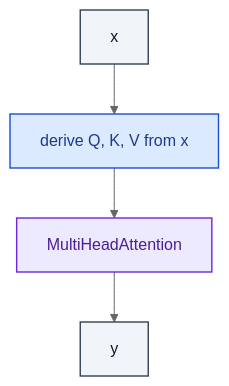
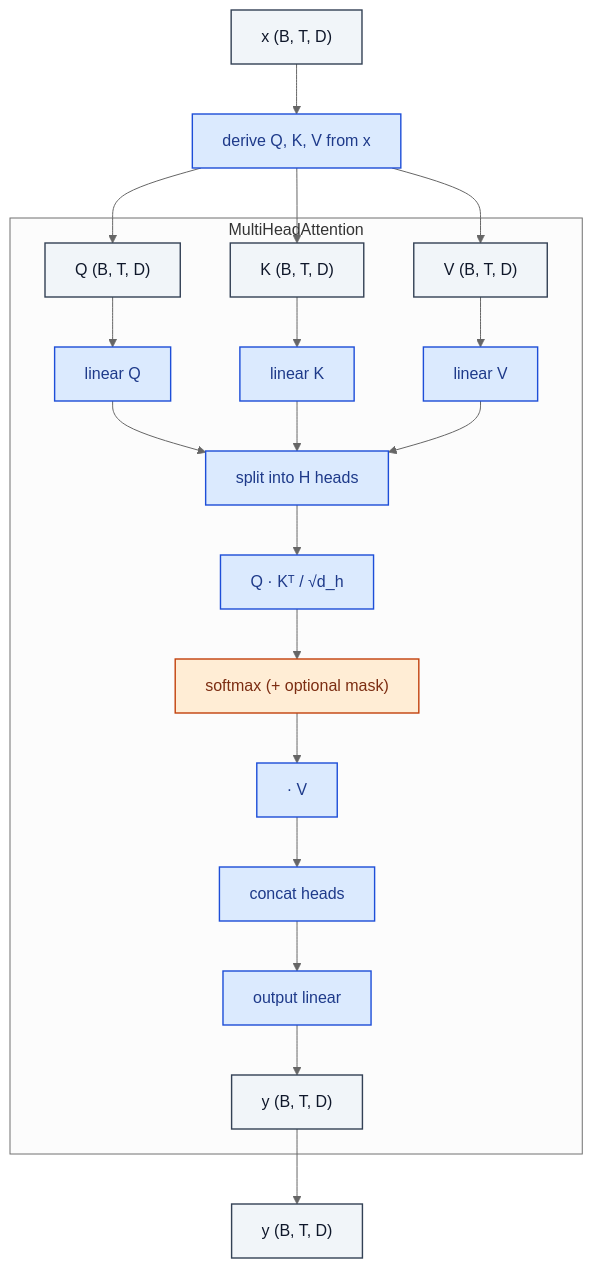
Before and after one commit to RealityShifts/Srivastava-book-of-Blocks-diagrams: the diagram in attention/SelfAttention.md, drawn with Mermaid (neutral theme). The commit also changed 123 other files, not shown here.

````diff
--- a/attention/SelfAttention.md
+++ b/attention/SelfAttention.md
@@ -7,19 +7,48 @@
 ```mermaid
 flowchart TD
-    n0_0["x"]:::io
+    n0_0["x  (B, T, D)"]:::io
     n1_0["derive Q, K, V from x"]:::op
-    n2_0["MultiHeadAttention"]:::attn
-    n3_0["y"]:::io
+    subgraph n2_0["MultiHeadAttention"]
+        n2_0_0_0["Q  (B, T, D)"]:::io
+        n2_0_0_1["K  (B, T, D)"]:::io
+        n2_0_0_2["V  (B, T, D)"]:::io
+        n2_0_1_0["linear Q"]:::op
+        n2_0_1_1["linear K"]:::op
+        n2_0_1_2["linear V"]:::op
+        n2_0_2_0["split into H heads"]:::op
+        n2_0_3_0["Q · Kᵀ / √d_h"]:::op
+        n2_0_4_0["softmax (+ optional mask)"]:::act
+        n2_0_5_0["· V"]:::op
+        n2_0_6_0["concat heads"]:::op
+        n2_0_7_0["output linear"]:::op
+        n2_0_8_0["y  (B, T, D)"]:::io
+        n2_0_0_0 --> n2_0_1_0
+        n2_0_0_1 --> n2_0_1_1
+        n2_0_0_2 --> n2_0_1_2
+        n2_0_1_0 --> n2_0_2_0
+        n2_0_1_1 --> n2_0_2_0
+        n2_0_1_2 --> n2_0_2_0
+        n2_0_2_0 --> n2_0_3_0
+        n2_0_3_0 --> n2_0_4_0
+        n2_0_4_0 --> n2_0_5_0
+        n2_0_5_0 --> n2_0_6_0
+        n2_0_6_0 --> n2_0_7_0
+        n2_0_7_0 --> n2_0_8_0
+    end
+    n3_0["y  (B, T, D)"]:::io
     n0_0 --> n1_0
-    n1_0 --> n2_0
-    n2_0 --> n3_0
+    n1_0 --> n2_0_0_0
+    n1_0 --> n2_0_0_1
+    n1_0 --> n2_0_0_2
+    n2_0_8_0 --> n3_0
     classDef io fill:#f1f5f9,stroke:#334155,stroke-width:1.4px,color:#0f172a
     classDef op fill:#dbeafe,stroke:#1d4ed8,stroke-width:1.4px,color:#1e3a8a
     classDef norm fill:#dcfce7,stroke:#15803d,stroke-width:1.4px,color:#14532d
     classDef act fill:#ffedd5,stroke:#c2410c,stroke-width:1.4px,color:#7c2d12
     classDef attn fill:#ede9fe,stroke:#6d28d9,stroke-width:1.4px,color:#4c1d95
     classDef merge fill:#fef3c7,stroke:#b45309,stroke-width:1.4px,color:#78350f
     classDef emb fill:#fef9c3,stroke:#a16207,stroke-width:1.4px,color:#713f12
     classDef loss fill:#fee2e2,stroke:#b91c1c,stroke-width:1.4px,color:#7f1d1d
     classDef ctrl fill:#f5f5f4,stroke:#52525b,stroke-width:1.4px,color:#27272a
+    classDef ref fill:#e0f2fe,stroke:#0369a1,stroke-width:2px,color:#0c4a6e,stroke-dasharray: 4 2
 ```
````
